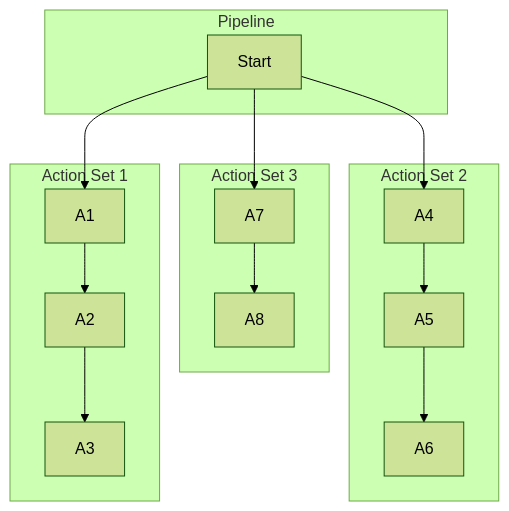
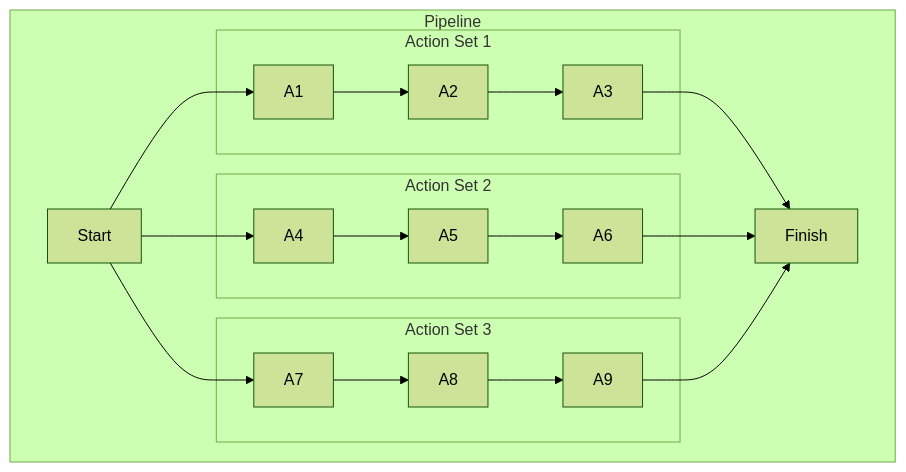
One commit to codecomet-io/codecomet.io changed the diagram in docs/understanding-basics/pipeline.md. Above: the diagram before and after it, drawn with Mermaid (forest theme). The commit also changed 2 other files, not shown here.

Commit message:
updated block diagrams

````diff
--- a/docs/understanding-basics/pipeline.md
+++ b/docs/understanding-basics/pipeline.md
@@ -14,19 +14,23 @@
 ```mermaid
 flowchart TB
-    subgraph Action Set 3
-    A7-->A8
-    end
-    subgraph Action Set 2
-    A4-->A5
-    A5-->A6
-    end
-    subgraph Action Set 1
-    A1-->A2
-    A2-->A3
-    end
     subgraph Pipeline
     Start-->A1
     Start-->A4
     Start-->A7
+        subgraph Action Set 3
+        A7-->A8
+        A8-->A9
+        end
+        subgraph Action Set 2
+        A4-->A5
+        A5-->A6
+        end
+        subgraph Action Set 1
+        A1-->A2
+        A2-->A3
+        end
+    A3-->Finish
+    A6-->Finish
+    A9-->Finish
     end
 ```
````
